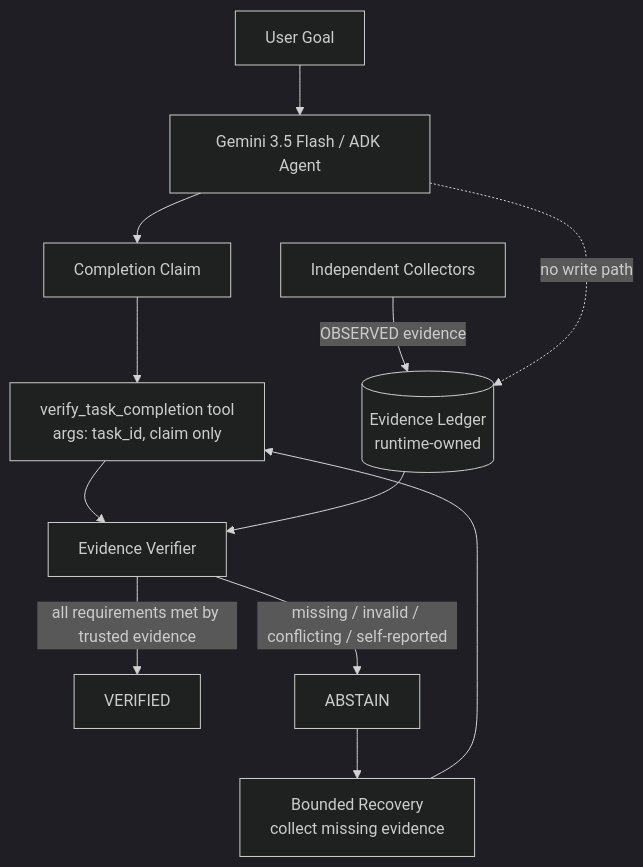
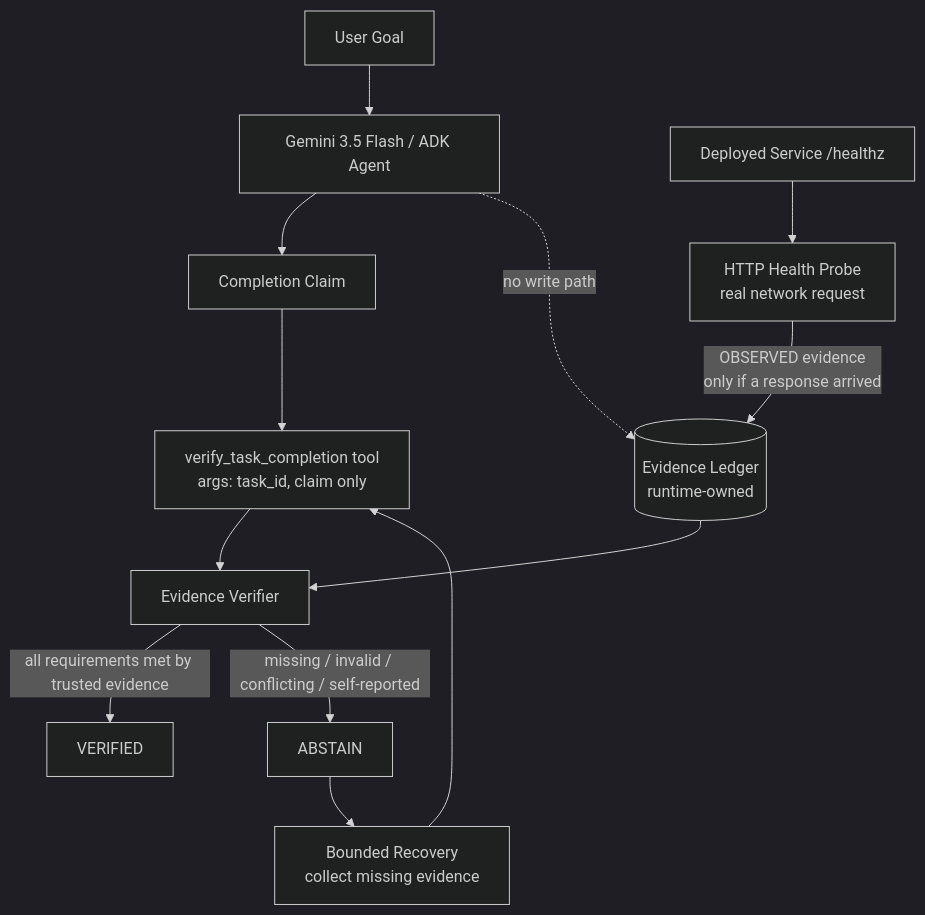
Before and after one commit to koreaelonmusk/proofos: the diagram in docs/architecture.md, drawn with Mermaid (dark theme). The commit also changed other lines of this file and 2 other files, not shown here.

Commit message:
config: serve Gemini 3.5 Flash from the global Vertex endpoint
GOOGLE_CLOUD_LOCATION becomes global everywhere it configures Gemini.
Documents that this is the Vertex AI location and not a Cloud Run region,
so nobody carries global into a deploy command.

````diff
--- a/docs/architecture.md
+++ b/docs/architecture.md
@@ -3,14 +3,15 @@
 ```mermaid
 flowchart TD
     U[User Goal] --> A[Gemini 3.5 Flash / ADK Agent]
     A --> C[Completion Claim]
     C --> T[verify_task_completion tool<br/>args: task_id, claim only]
     T --> V[Evidence Verifier]
     L[(Evidence Ledger<br/>runtime-owned)] --> V
-    COL[Independent Collectors] -->|OBSERVED evidence| L
+    COL[HTTP Health Probe<br/>real network request] -->|OBSERVED evidence<br/>only if a response arrived| L
+    SVC[Deployed Service /healthz] --> COL
     A -.->|no write path| L
     V -->|all requirements met by trusted evidence| P[VERIFIED]
     V -->|missing / invalid / conflicting / self-reported| B[ABSTAIN]
     B --> R[Bounded Recovery<br/>collect missing evidence]
     R --> T
 ```
````
